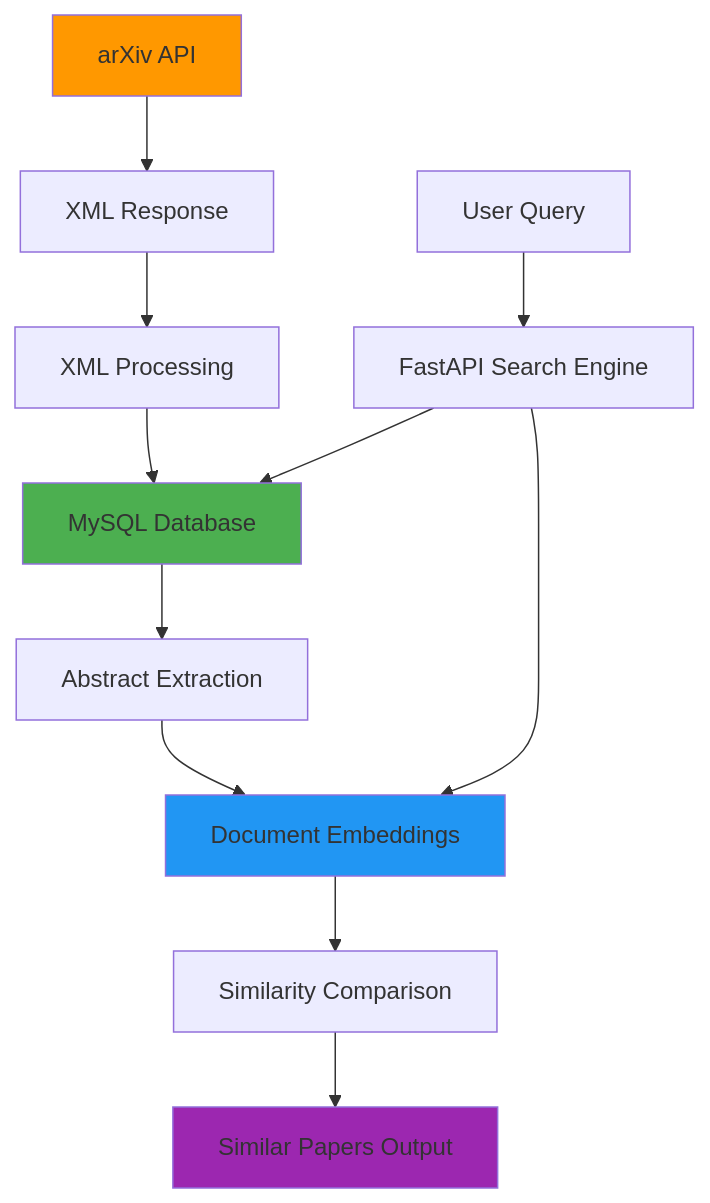
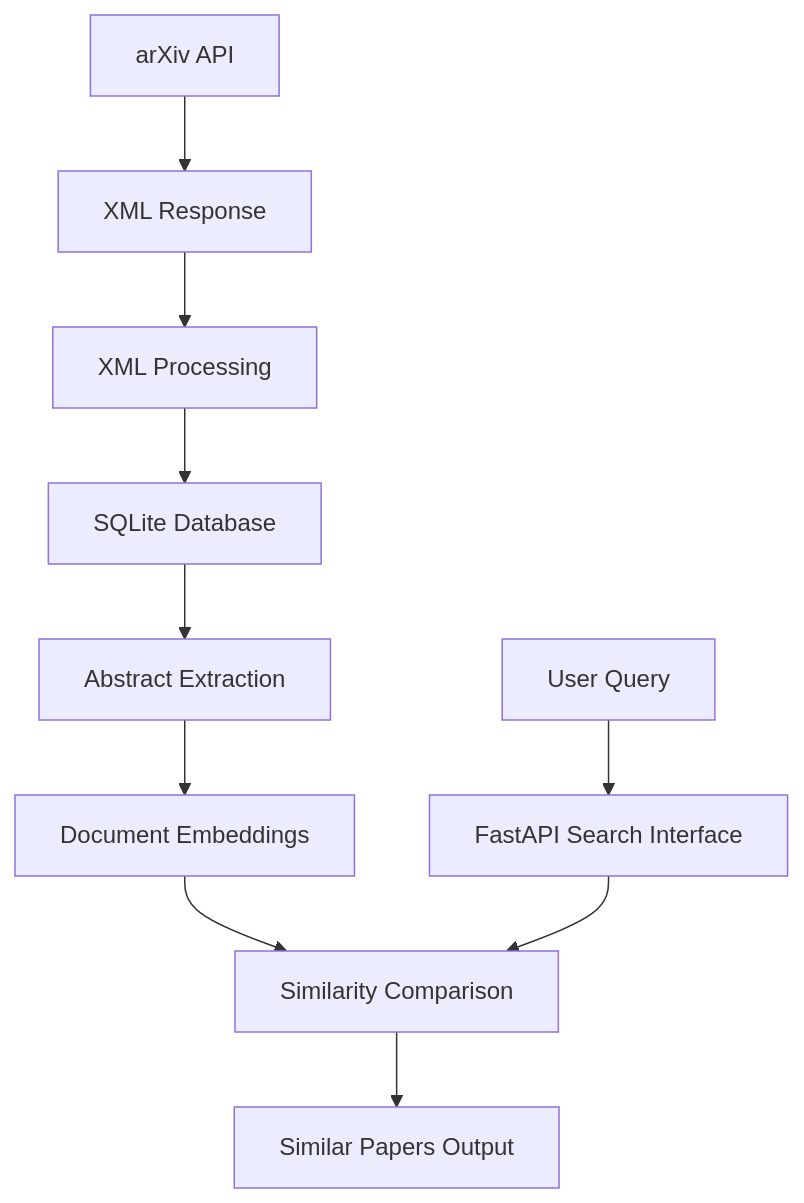
The diagram in README.md (Viresh26/Text_Technology), drawn with Mermaid before and after one commit. The commit also changed other lines of this file, not shown here.

`````diff
--- a/README.md
+++ b/README.md
@@ -39,19 +48,13 @@
 ```mermaid
 graph TD
     A[arXiv API] --> B[XML Response]
     B --> C[XML Processing]
-    C --> D[MySQL Database]
+    C --> D[SQLite Database]
     D --> E[Abstract Extraction]
     E --> F[Document Embeddings]
     F --> G[Similarity Comparison]
     G --> H[Similar Papers Output]
 
-    I[User Query] --> J[FastAPI Search Engine]
-    J --> D
-    J --> F
-
-    style A fill:#ff9800
-    style D fill:#4caf50
-    style F fill:#2196f3
-    style H fill:#9c27b0
-```
+    I[User Query] --> J[FastAPI Search Interface]
+    J --> G
+````
`````
